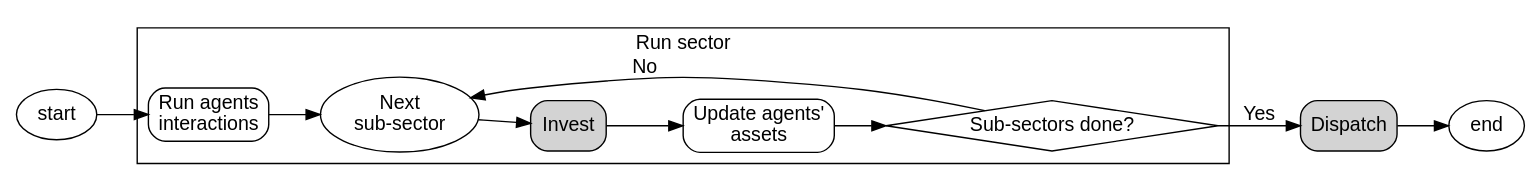
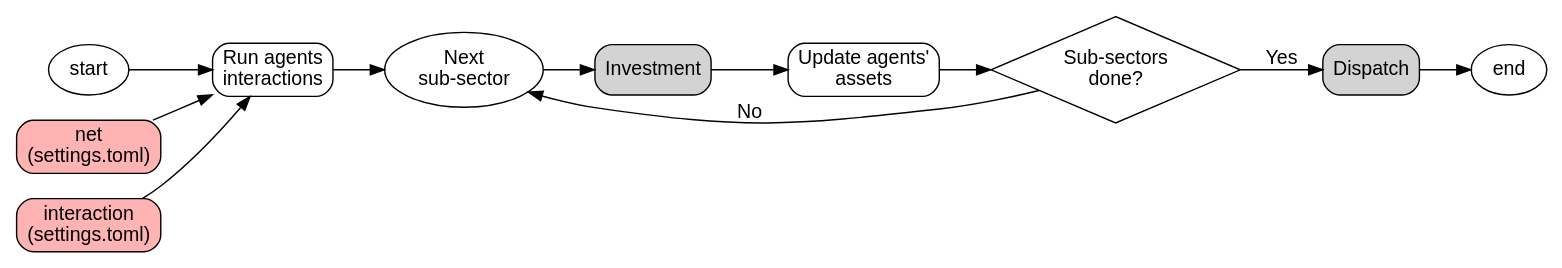
One commit to EnergySystemsModellingLab/MUSE_OS changed the tenth of 12 diagrams in docs/application-flow.rst. Above: the diagram before and after it, drawn with Graphviz. The commit also changed other lines of this file, not shown here.

```diff
--- a/docs/application-flow.rst
+++ b/docs/application-flow.rst
@@ -378,30 +378,33 @@
 .. graphviz::
     :align: center
     :alt: Steps of one period step in a sector
 
     digraph sector_step {
             fontname="Helvetica,Arial,sans-serif"
             node [fontname="Helvetica,Arial,sans-serif", shape=box, style=rounded]
             edge [fontname="Helvetica,Arial,sans-serif"]
             rankdir=LR
             clusterrank=local
             newrank=true
 
             {node [shape=""]; start; end;}
             next [label="Next\nsub-sector", shape=""]
             interactions [label="Run agents\ninteractions"]
-            invest [label="Invest", fillcolor="lightgrey", style="rounded,filled"]
+            invest [label="Investment", fillcolor="lightgrey", style="rounded,filled"]
             update_agents [label="Update agents'\nassets"]
-            all_subsectors [label="Sub-sectors done?", shape=diamond, style=""]
+            all_subsectors [label="Sub-sectors\ndone?", shape=diamond, style=""]
             dispatch [label="Dispatch", fillcolor="lightgrey", style="rounded,filled"]
+            input_net[label="net\n(settings.toml)", fillcolor="#ffb3b3", style="rounded,filled"]
+            input_interaction[label="interaction\n(settings.toml)", fillcolor="#ffb3b3", style="rounded,filled"]
 
             subgraph cluster {
-                label="Run sector"
-                interactions -> next -> invest -> update_agents -> all_subsectors
-                all_subsectors -> next [label="No", constraint=false]
+
             }
 
-            start -> interactions
+            start  -> interactions -> next -> invest -> update_agents -> all_subsectors
+            all_subsectors -> next [label="No", constraint=false]
+            input_net -> interactions [constraint=false]
+            input_interaction -> interactions [constraint=false]
             all_subsectors -> dispatch [label="Yes"]
             dispatch -> end
         }
```
